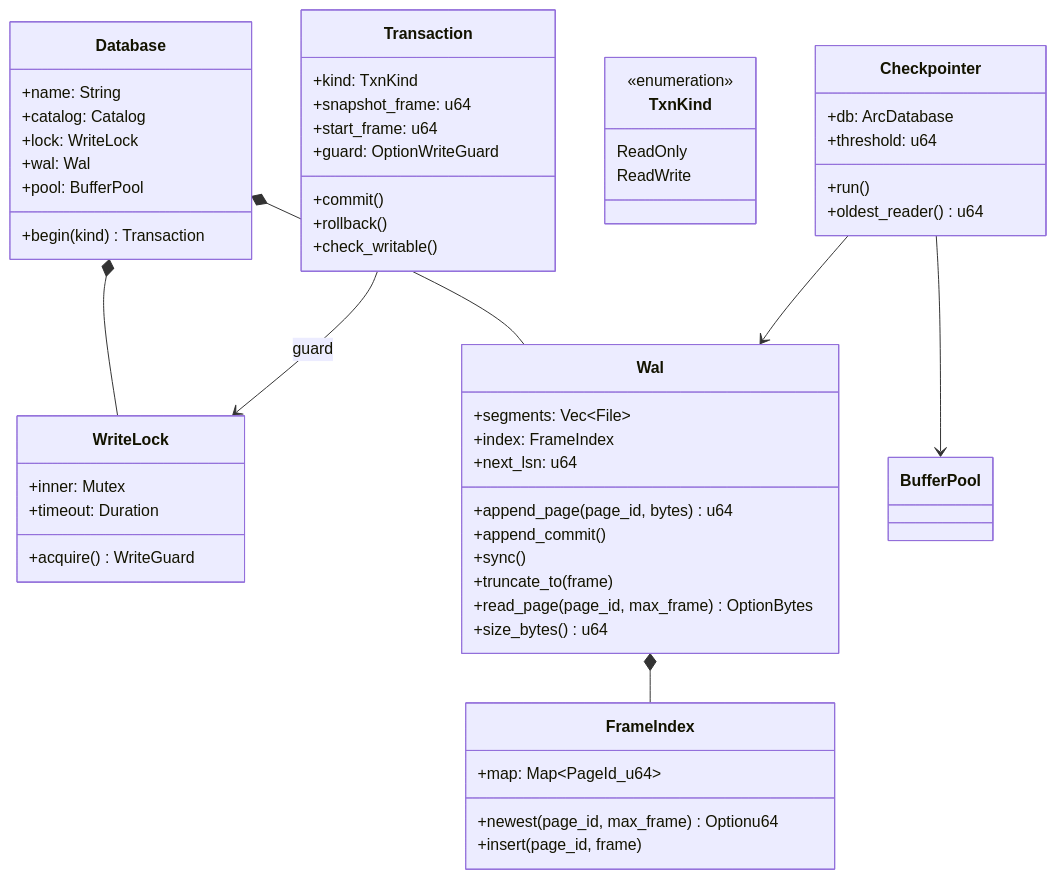
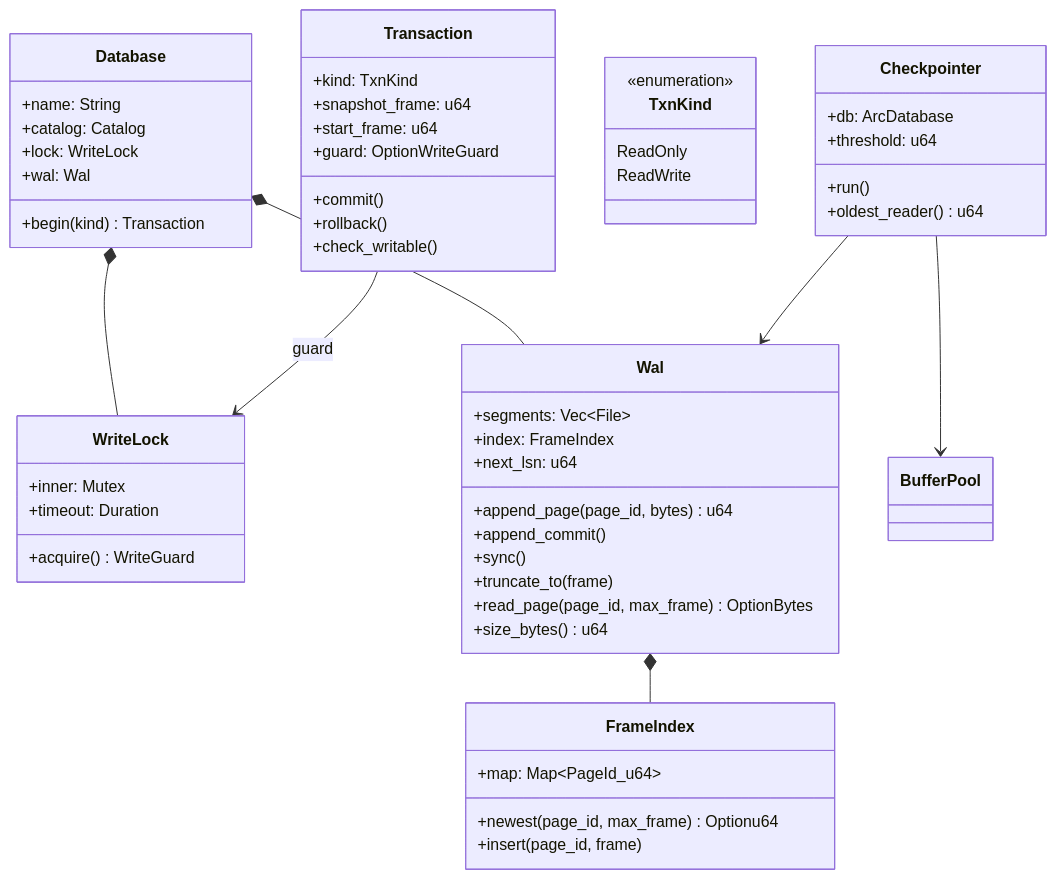
Before and after one commit to mAzurkovic/garibaldb: the fifth of 8 diagrams in docs/internals.md, drawn with Mermaid. The commit also changed other lines of this file and 7 other files, not shown here.

First line of the commit message:
Milestone 6: pages and the buffer pool

````diff
--- a/docs/internals.md
+++ b/docs/internals.md
@@ -290,58 +290,57 @@
 ```mermaid
 classDiagram
     class Database {
         +name: String
         +catalog: Catalog
         +lock: WriteLock
         +wal: Wal
-        +pool: BufferPool
         +begin(kind) Transaction
     }
     class Transaction {
         +kind: TxnKind
         +snapshot_frame: u64
         +start_frame: u64
         +guard: OptionWriteGuard
         +commit()
         +rollback()
         +check_writable()
     }
     class TxnKind {
         <<enumeration>>
         ReadOnly
         ReadWrite
     }
     class WriteLock {
         +inner: Mutex
         +timeout: Duration
         +acquire() WriteGuard
     }
     class Wal {
         +segments: Vec~File~
         +index: FrameIndex
         +next_lsn: u64
         +append_page(page_id, bytes) u64
         +append_commit()
         +sync()
         +truncate_to(frame)
         +read_page(page_id, max_frame) OptionBytes
         +size_bytes() u64
     }
     class FrameIndex {
         +map: Map~PageId_u64~
         +newest(page_id, max_frame) Optionu64
         +insert(page_id, frame)
     }
     class Checkpointer {
         +db: ArcDatabase
         +threshold: u64
         +run()
         +oldest_reader() u64
     }
     Database *-- WriteLock
     Database *-- Wal
     Transaction --> WriteLock : guard
     Wal *-- FrameIndex
     Checkpointer --> Wal
     Checkpointer --> BufferPool
 ```
````
